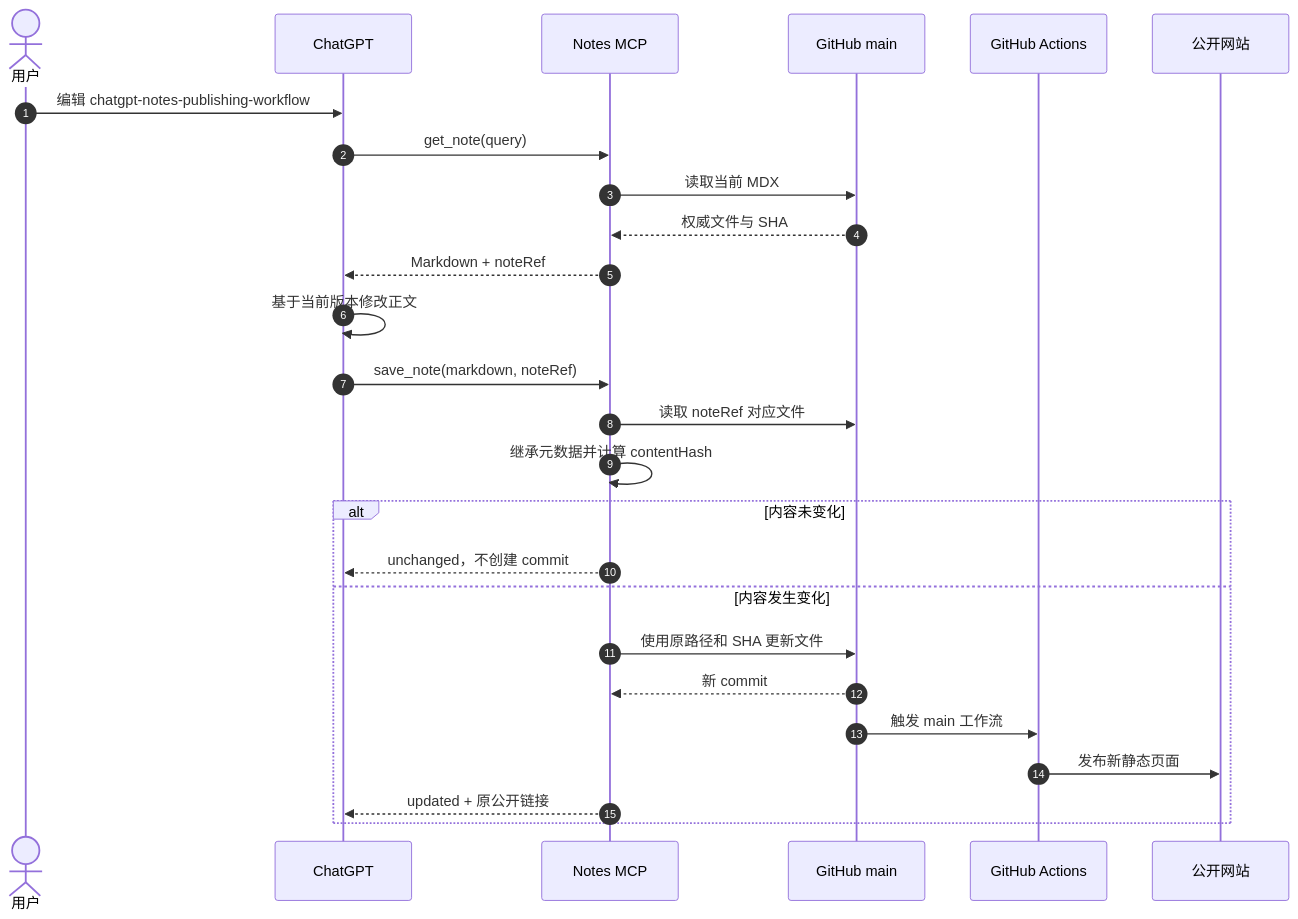
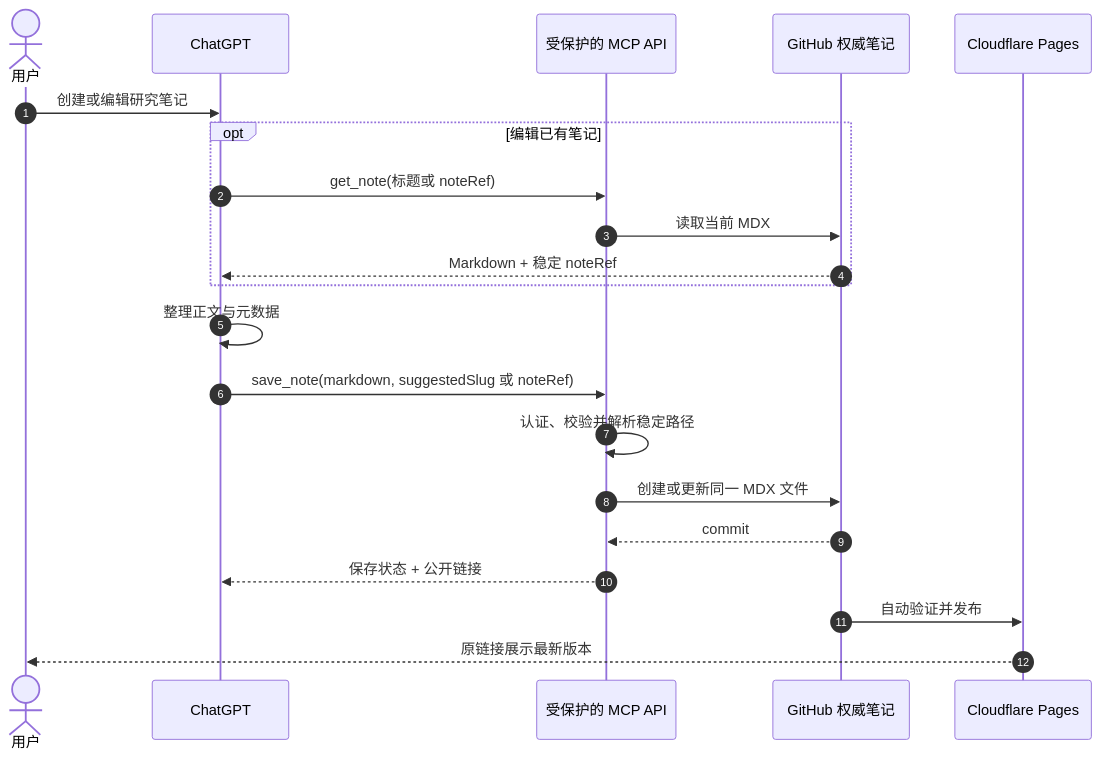
The second of 2 diagrams in profiles/default/content/zh/notes/chatgpt-notes-publishing-workflow.mdx (Nunchakus888/dossierkit), drawn with Mermaid before and after one commit. The commit also changed other lines of this file, not shown here.

Commit message:
docs: streamline notes publishing workflow

````diff
--- a/profiles/default/content/zh/notes/chatgpt-notes-publishing-workflow.mdx
+++ b/profiles/default/content/zh/notes/chatgpt-notes-publishing-workflow.mdx
@@ -164,29 +103,24 @@
 ```mermaid
 sequenceDiagram
   autonumber
   actor User as 用户
   participant GPT as ChatGPT
-  participant MCP as Notes MCP
-  participant GH as GitHub main
-  participant CI as GitHub Actions
-  participant Site as 公开网站
+  participant MCP as 受保护的 MCP API
+  participant GH as GitHub 权威笔记
+  participant Site as Cloudflare Pages
 
-  User->>GPT: 编辑 chatgpt-notes-publishing-workflow
-  GPT->>MCP: get_note(query)
-  MCP->>GH: 读取当前 MDX
-  GH-->>MCP: 权威文件与 SHA
-  MCP-->>GPT: Markdown + noteRef
-  GPT->>GPT: 基于当前版本修改正文
-  GPT->>MCP: save_note(markdown, noteRef)
-  MCP->>GH: 读取 noteRef 对应文件
-  MCP->>MCP: 继承元数据并计算 contentHash
-  alt 内容未变化
-    MCP-->>GPT: unchanged，不创建 commit
-  else 内容发生变化
-    MCP->>GH: 使用原路径和 SHA 更新文件
-    GH-->>MCP: 新 commit
-    GH->>CI: 触发 main 工作流
-    CI->>Site: 发布新静态页面
-    MCP-->>GPT: updated + 原公开链接
+  User->>GPT: 创建或编辑研究笔记
+  opt 编辑已有笔记
+    GPT->>MCP: get_note(标题或 noteRef)
+    MCP->>GH: 读取当前 MDX
+    GH-->>GPT: Markdown + 稳定 noteRef
   end
+  GPT->>GPT: 整理正文与元数据
+  GPT->>MCP: save_note(markdown, suggestedSlug 或 noteRef)
+  MCP->>MCP: 认证、校验并解析稳定路径
+  MCP->>GH: 创建或更新同一 MDX 文件
+  GH-->>MCP: commit
+  MCP-->>GPT: 保存状态 + 公开链接
+  GH->>Site: 自动验证并发布
+  Site-->>User: 原链接展示最新版本
 ```
````
